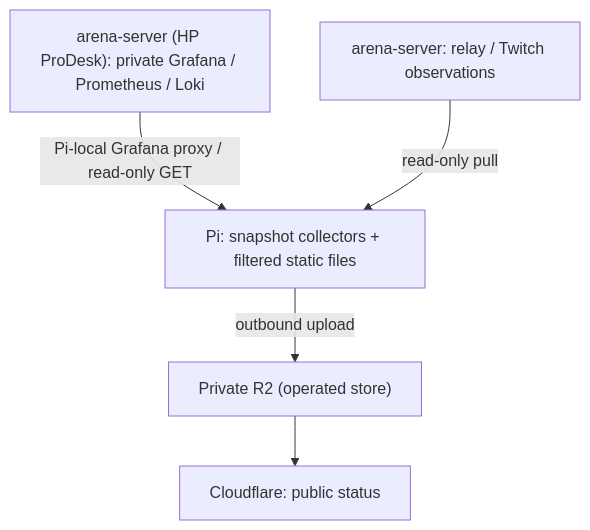
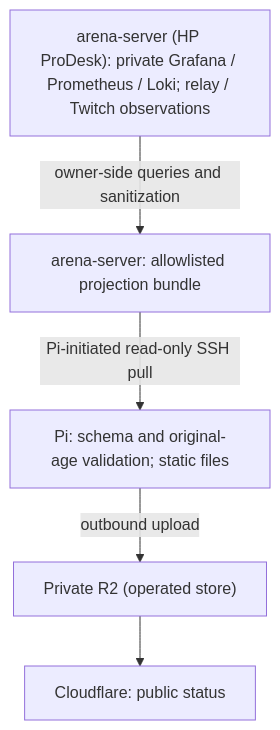
Before and after one commit to yukimurata0421/live-stream-systems-case-study: the second of 2 diagrams in README.md, drawn with Mermaid. The commit also changed other lines of this file and 10 other files, not shown here.

````diff
--- a/README.md
+++ b/README.md
@@ -103,7 +104,7 @@
 ```mermaid
 flowchart TB
-    GRAF["arena-server (HP ProDesk): private Grafana / Prometheus / Loki"] -->|"Pi-local Grafana proxy / read-only GET"| PI["Pi: snapshot collectors + filtered static files"]
-    ARENA["arena-server: relay / Twitch observations"] -->|"read-only pull"| PI
+    SOURCES["arena-server (HP ProDesk): private Grafana / Prometheus / Loki; relay / Twitch observations"] -->|"owner-side queries and sanitization"| BUNDLE["arena-server: allowlisted projection bundle"]
+    BUNDLE -->|"Pi-initiated read-only SSH pull"| PI["Pi: schema and original-age validation; static files"]
     PI -->|"outbound upload"| STORE["Private R2 (operated store)"]
     STORE --> CF["Cloudflare: public status"]
 ```
````
